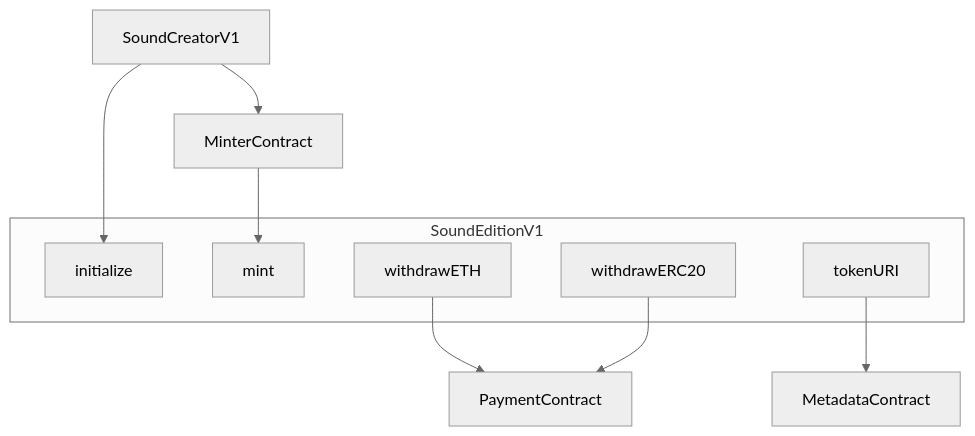
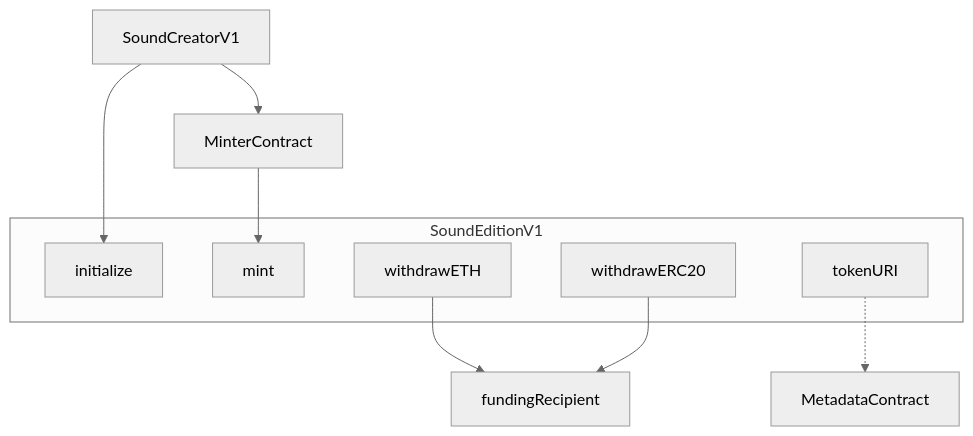
Before and after one commit to soundxyz/sound-protocol: the diagram in README.md, drawn with Mermaid (neutral theme). The commit also changed other lines of this file, not shown here.

````diff
--- a/README.md
+++ b/README.md
@@ -60,18 +60,18 @@
 ```mermaid
 graph TD
     SoundCreatorV1 --> initialize
     SoundCreatorV1 --> MinterContract
 
     subgraph SoundEditionV1
     initialize
     mint
     withdrawETH
     withdrawERC20
     tokenURI
     end
 
-    tokenURI --> MetadataContract
+    tokenURI -.-> MetadataContract
     MinterContract --> mint
-    withdrawETH --> PaymentContract
-    withdrawERC20 --> PaymentContract
+    withdrawETH --> fundingRecipient
+    withdrawERC20 --> fundingRecipient
 ```
````
